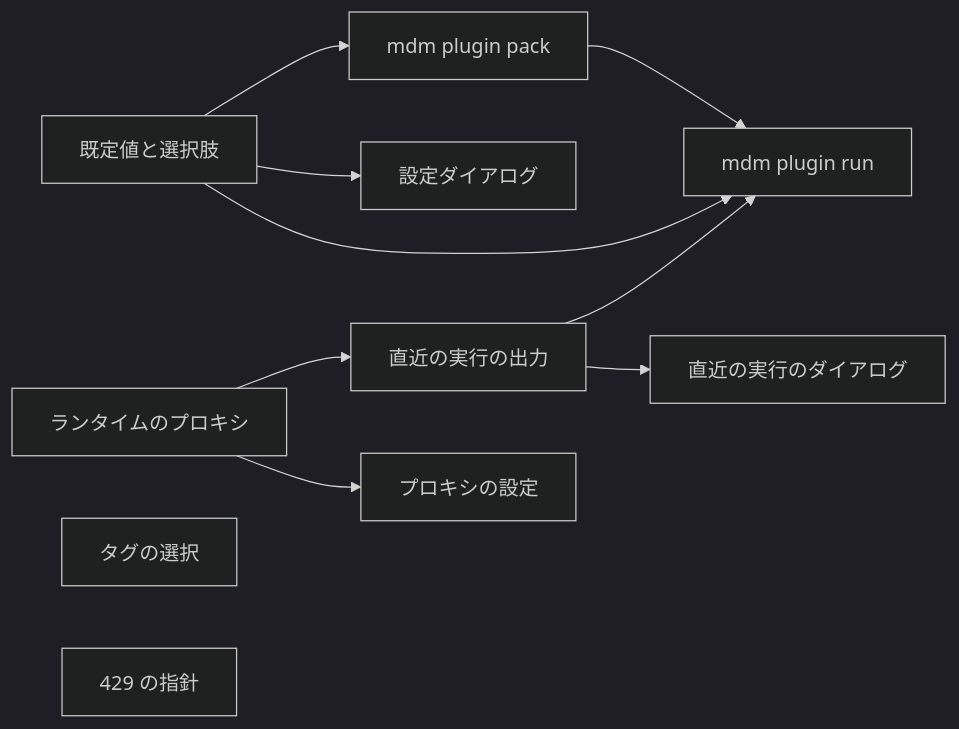
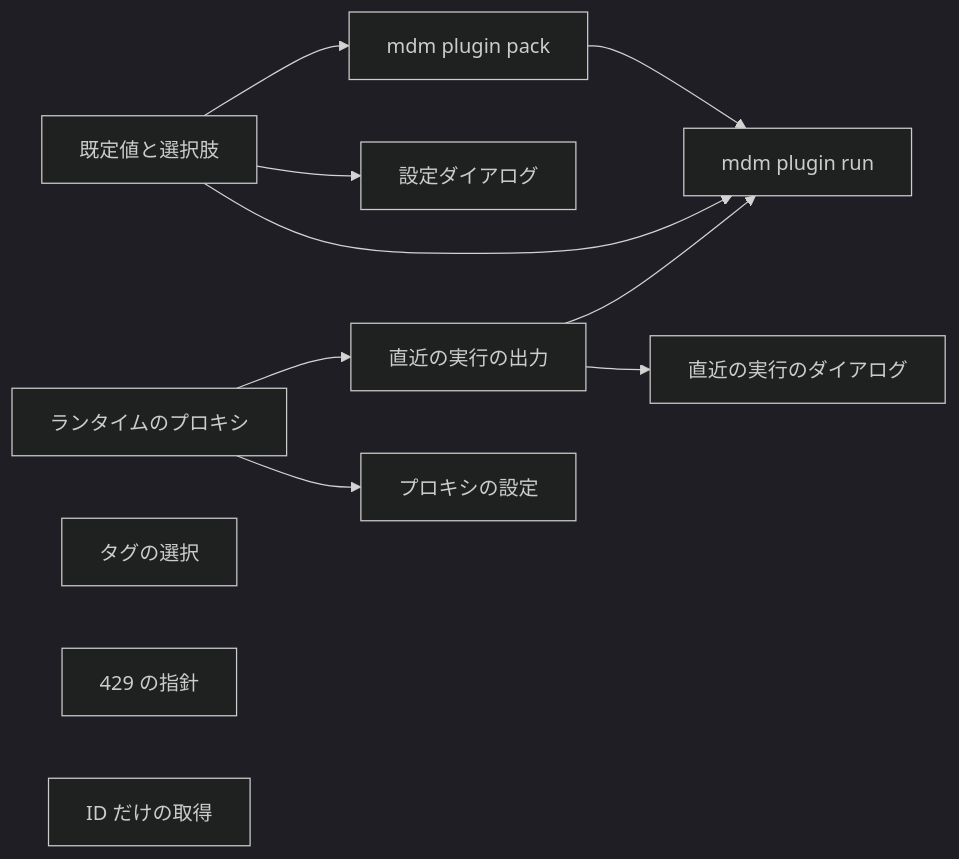
One commit to syudead/vv changed the second of 2 diagrams in translations/ja/specs/056-plugin-tooling/plan.md. Above: the diagram before and after it, drawn with Mermaid (dark theme). The commit also changed other lines of this file and 62 other files, not shown here.

````diff
--- a/translations/ja/specs/056-plugin-tooling/plan.md
+++ b/translations/ja/specs/056-plugin-tooling/plan.md
@@ -129,13 +132,14 @@
 ```mermaid
 flowchart LR
   defaults[既定値と選択肢] --> pack[mdm plugin pack]
   defaults --> dialog[設定ダイアログ]
   proxyrt[ランタイムのプロキシ] --> stderr[直近の実行の出力]
   proxyrt --> proxyui[プロキシの設定]
   stderr --> run[mdm plugin run]
   defaults --> run
   pack --> run
   stderr --> runui[直近の実行のダイアログ]
   tags[タグの選択]
   guide[429 の指針]
+  byid[ID だけの取得]
 ```
````
